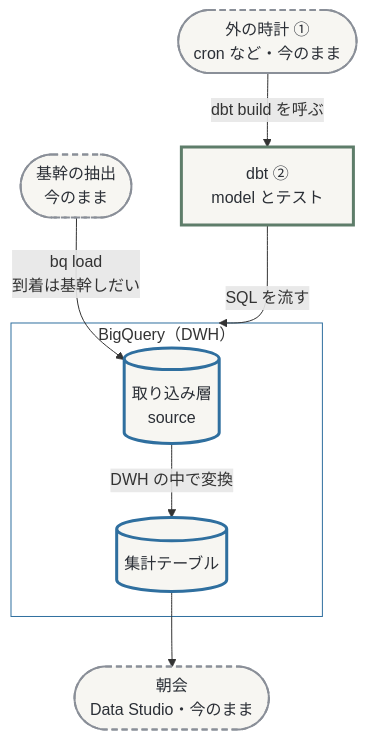
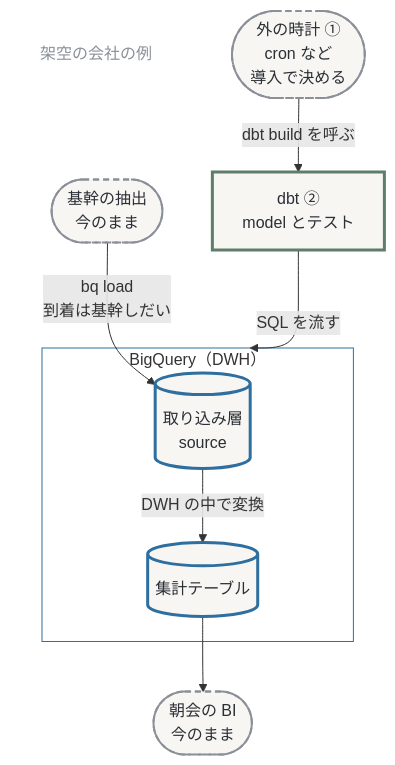
The third of 6 diagrams in articles/dbt-ep0-intro.md (e8dev-note/zenn-content), drawn with Mermaid before and after one commit. The commit also changed other lines of this file, not shown here.

Commit message:
Update draft: dbt-ep0-intro (diagram fixes)

````diff
--- a/articles/dbt-ep0-intro.md
+++ b/articles/dbt-ep0-intro.md
@@ -184,20 +184,22 @@
 ```mermaid
 flowchart TB
+  fictional["架空の会社の例"]:::note
   core-extract(["基幹の抽出<br/>今のまま"]):::keep
-  scheduler(["外の時計 ①<br/>cron など・今のまま"]):::keep
+  scheduler(["外の時計 ①<br/>cron など<br/>導入で決める"]):::keep
   dbt["dbt ②<br/>model とテスト"]:::proc
   subgraph dwh["BigQuery（DWH）"]
     bq-raw[("取り込み層<br/>source")]:::data
     bq-marts[("集計テーブル")]:::data
   end
-  bi(["朝会<br/>Data Studio・今のまま"]):::keep
+  bi(["朝会の BI<br/>今のまま"]):::keep
   core-extract -->|"bq load<br/>到着は基幹しだい"| bq-raw
   scheduler -->|"dbt build を呼ぶ"| dbt
   dbt -->|"SQL を流す"| dwh
   bq-raw -->|"DWH の中で変換"| bq-marts
   bq-marts --> bi
   classDef data fill:#F7F6F2,stroke:#2F6F9F,stroke-width:3px,color:#2B2F36
   classDef proc fill:#F7F6F2,stroke:#5E7D6A,stroke-width:3px,color:#2B2F36
   classDef keep fill:#F7F6F2,stroke:#8A8F98,stroke-width:2px,stroke-dasharray:6 4,color:#2B2F36
+  classDef note fill:none,stroke:none,color:#8A8F98
   style dwh fill:none,stroke:#2F6F9F
 ```
````
